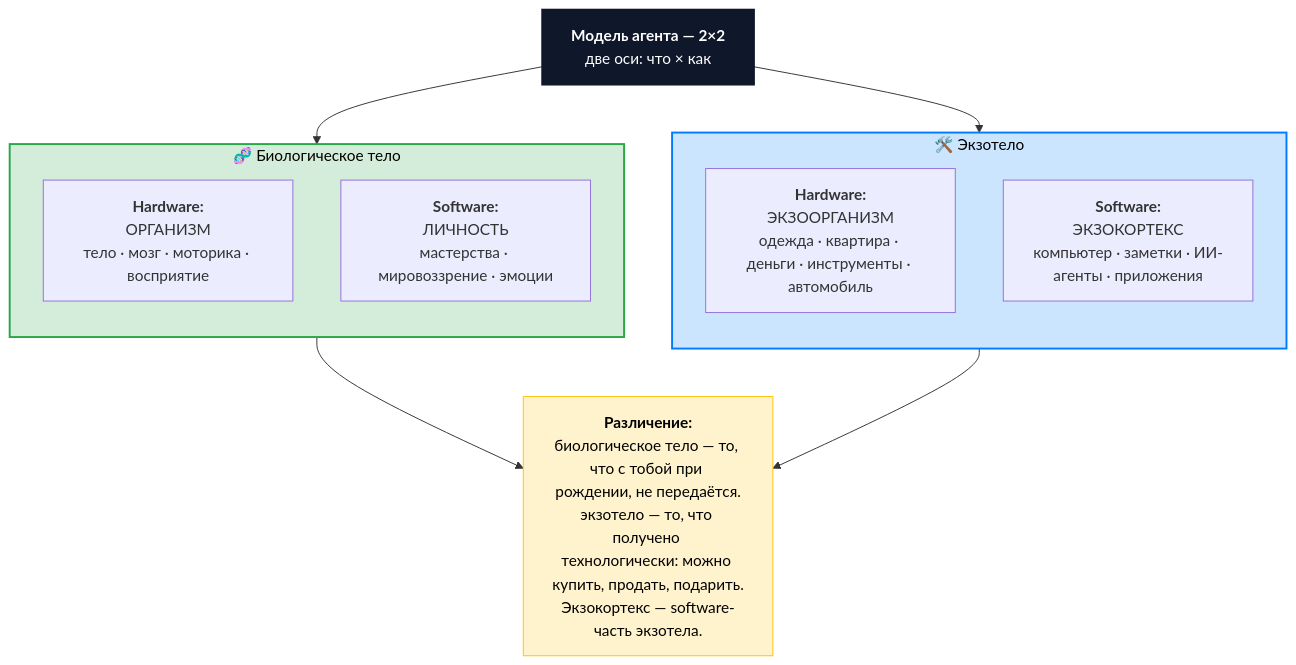
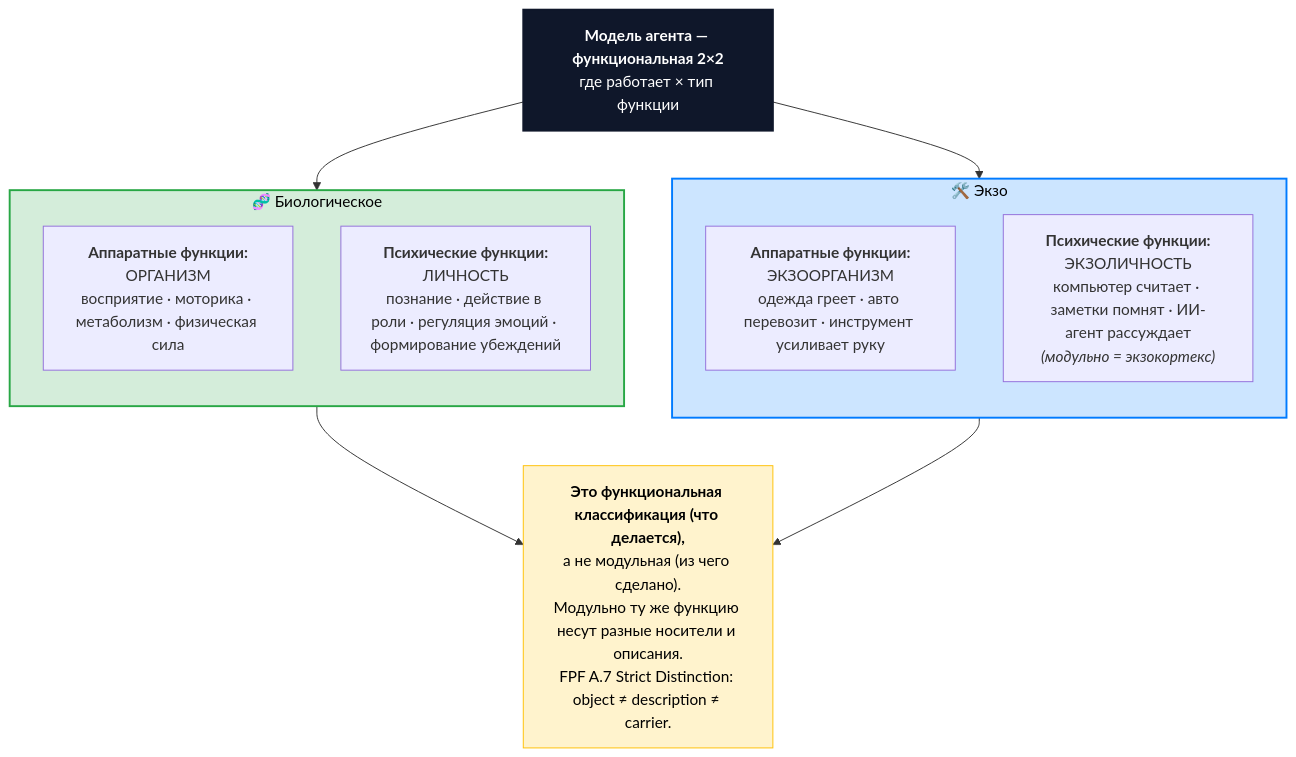
Before and after one commit to TserenTserenov/DS-Knowledge-Index-Tseren: the diagram in docs/2026/09-апрель/123-2026-04-26-ss-practicum-lesson-8-personality-agent-ai/illustration.md, drawn with Mermaid. The commit also changed other lines of this file and 3 other files, not shown here.

First line of the commit message:
lesson-8 club: переработка под FPF A.7 (вариант C — функциональная 2×2)

````diff
--- a/docs/2026/09-апрель/123-2026-04-26-ss-practicum-lesson-8-personality-agent-ai/illustration.md
+++ b/docs/2026/09-апрель/123-2026-04-26-ss-practicum-lesson-8-personality-agent-ai/illustration.md
@@ -14,33 +15,33 @@
 ```mermaid
 flowchart TB
-    Title["<b>Модель агента — 2×2</b><br/>две оси: что × как"]
+    Title["<b>Модель агента — функциональная 2×2</b><br/>где работает × тип функции"]
 
-    subgraph Bio["🧬 Биологическое тело"]
+    subgraph Bio["🧬 Биологическое"]
         direction TB
-        Bio_HW["<b>Hardware:</b><br/>ОРГАНИЗМ<br/>тело · мозг · моторика · восприятие"]
-        Bio_SW["<b>Software:</b><br/>ЛИЧНОСТЬ<br/>мастерства · мировоззрение · эмоции"]
+        Bio_HW["<b>Аппаратные функции:</b><br/>ОРГАНИЗМ<br/>восприятие · моторика · метаболизм · физическая сила"]
+        Bio_SW["<b>Психические функции:</b><br/>ЛИЧНОСТЬ<br/>познание · действие в роли · регуляция эмоций · формирование убеждений"]
     end
 
-    subgraph Exo["🛠️ Экзотело"]
+    subgraph Exo["🛠️ Экзо"]
         direction TB
-        Exo_HW["<b>Hardware:</b><br/>ЭКЗООРГАНИЗМ<br/>одежда · квартира · деньги · инструменты · автомобиль"]
-        Exo_SW["<b>Software:</b><br/>ЭКЗОКОРТЕКС<br/>компьютер · заметки · ИИ-агенты · приложения"]
+        Exo_HW["<b>Аппаратные функции:</b><br/>ЭКЗООРГАНИЗМ<br/>одежда греет · авто перевозит · инструмент усиливает руку"]
+        Exo_SW["<b>Психические функции:</b><br/>ЭКЗОЛИЧНОСТЬ<br/>компьютер считает · заметки помнят · ИИ-агент рассуждает<br/><i>(модульно = экзокортекс)</i>"]
     end
 
     Title --> Bio
     Title --> Exo
 
-    Note["<b>Различение:</b><br/>биологическое тело — то, что с тобой при рождении, не передаётся.<br/>экзотело — то, что получено технологически: можно купить, продать, подарить.<br/>Экзокортекс — software-часть экзотела."]
+    Note["<b>Это функциональная классификация (что делается),</b><br/>а не модульная (из чего сделано).<br/>Модульно ту же функцию несут разные носители и описания.<br/>FPF A.7 Strict Distinction: object ≠ description ≠ carrier."]
 
     Bio --> Note
     Exo --> Note
 
     classDef title fill:#0f172a,stroke:#0f172a,stroke-width:2px,color:#fff
     classDef bio fill:#d4edda,stroke:#28a745,stroke-width:2px,color:#000
     classDef exo fill:#cce5ff,stroke:#007bff,stroke-width:2px,color:#000
     classDef note fill:#fff3cd,stroke:#ffc107,stroke-width:1px,color:#000
     class Title title
     class Bio bio
     class Exo exo
     class Note note
 ```
````
